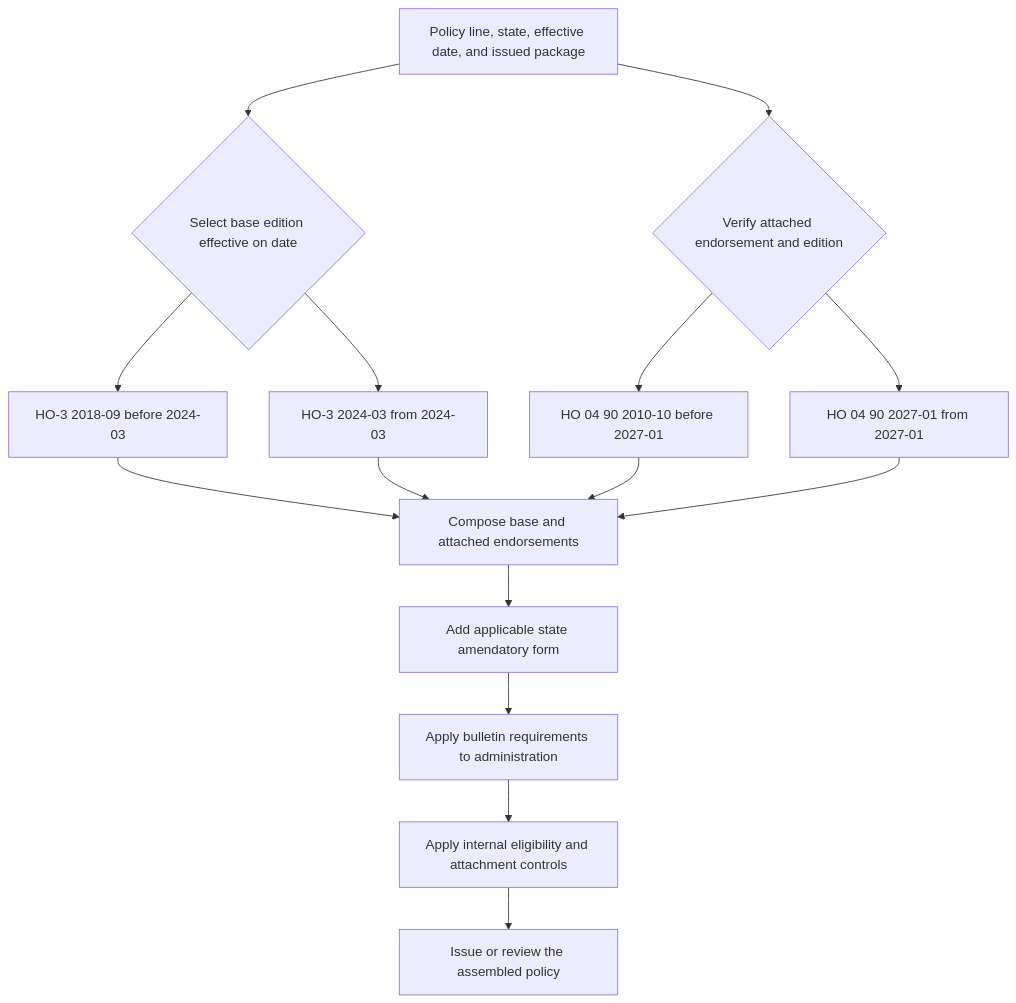
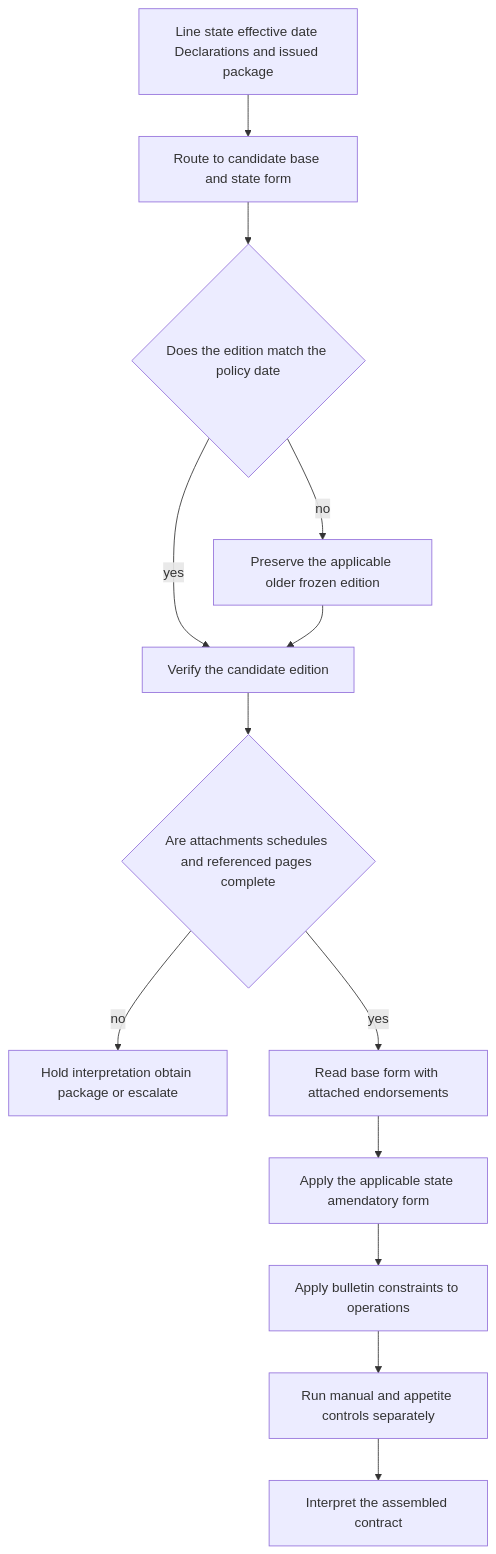
The diagram in openwiki/policy-assembly/editions-and-state-attachments.md (eugeneliu-86/openwiki-insurance-corpus), drawn with Mermaid before and after one commit. The commit also changed other lines of this file and 109 other files, not shown here.

````diff
--- a/openwiki/policy-assembly/editions-and-state-attachments.md
+++ b/openwiki/policy-assembly/editions-and-state-attachments.md
@@ -72,17 +78,15 @@
 ```mermaid
 flowchart TD
-    A["Policy line, state, effective date, and issued package"] --> B{"Select base edition effective on date"}
-    B --> B18["HO-3 2018-09 before 2024-03"]
-    B --> B24["HO-3 2024-03 from 2024-03"]
-    A --> E{"Verify attached endorsement and edition"}
-    E --> E10["HO 04 90 2010-10 before 2027-01"]
-    E --> E27["HO 04 90 2027-01 from 2027-01"]
-    B18 --> C["Compose base and attached endorsements"]
-    B24 --> C
-    E10 --> C
-    E27 --> C
-    C --> S["Add applicable state amendatory form"]
-    S --> R["Apply bulletin requirements to administration"]
-    R --> U["Apply internal eligibility and attachment controls"]
-    U --> P["Issue or review the assembled policy"]
+    A["Line state effective date Declarations and issued package"] --> B["Route to candidate base and state form"]
+    B --> C{"Does the edition match the policy date"}
+    C -->|"no"| D["Preserve the applicable older frozen edition"]
+    C -->|"yes"| E["Verify the candidate edition"]
+    D --> E
+    E --> F{"Are attachments schedules and referenced pages complete"}
+    F -->|"no"| G["Hold interpretation obtain package or escalate"]
+    F -->|"yes"| H["Read base form with attached endorsements"]
+    H --> I["Apply the applicable state amendatory form"]
+    I --> J["Apply bulletin constraints to operations"]
+    J --> K["Run manual and appetite controls separately"]
+    K --> L["Interpret the assembled contract"]
 ```
````
